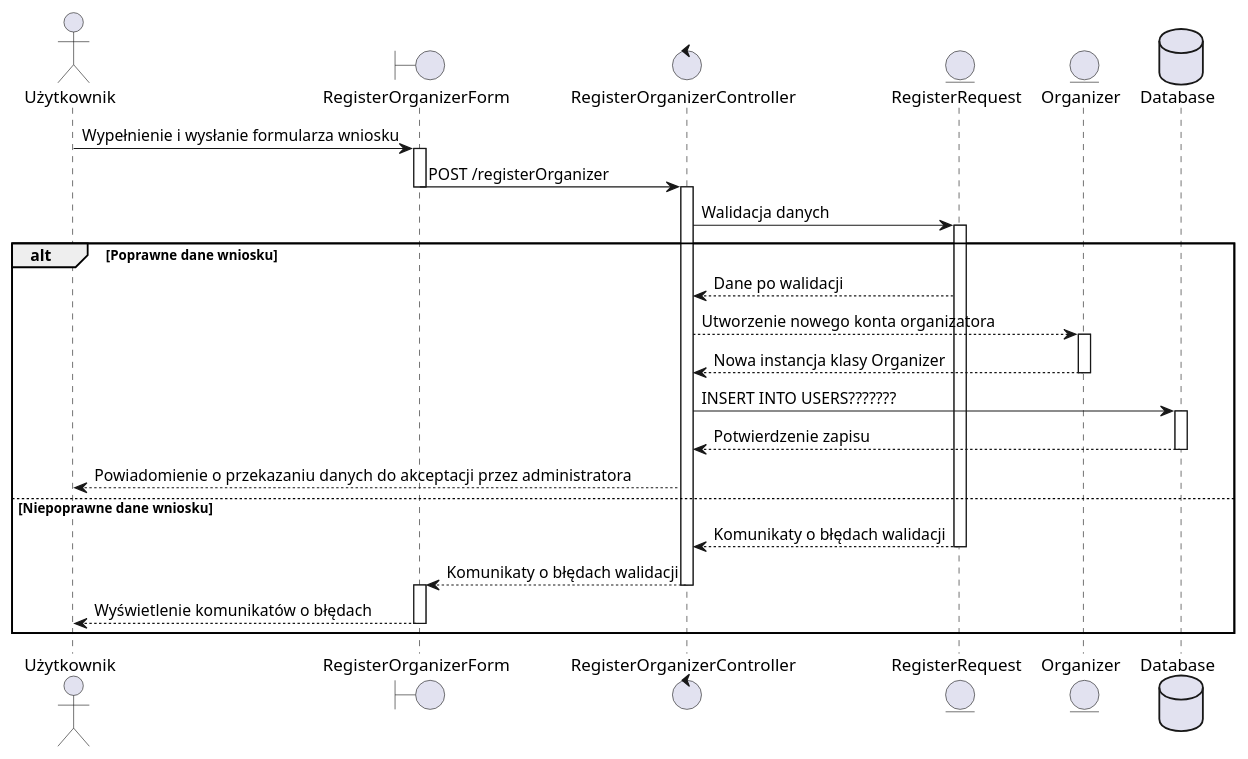
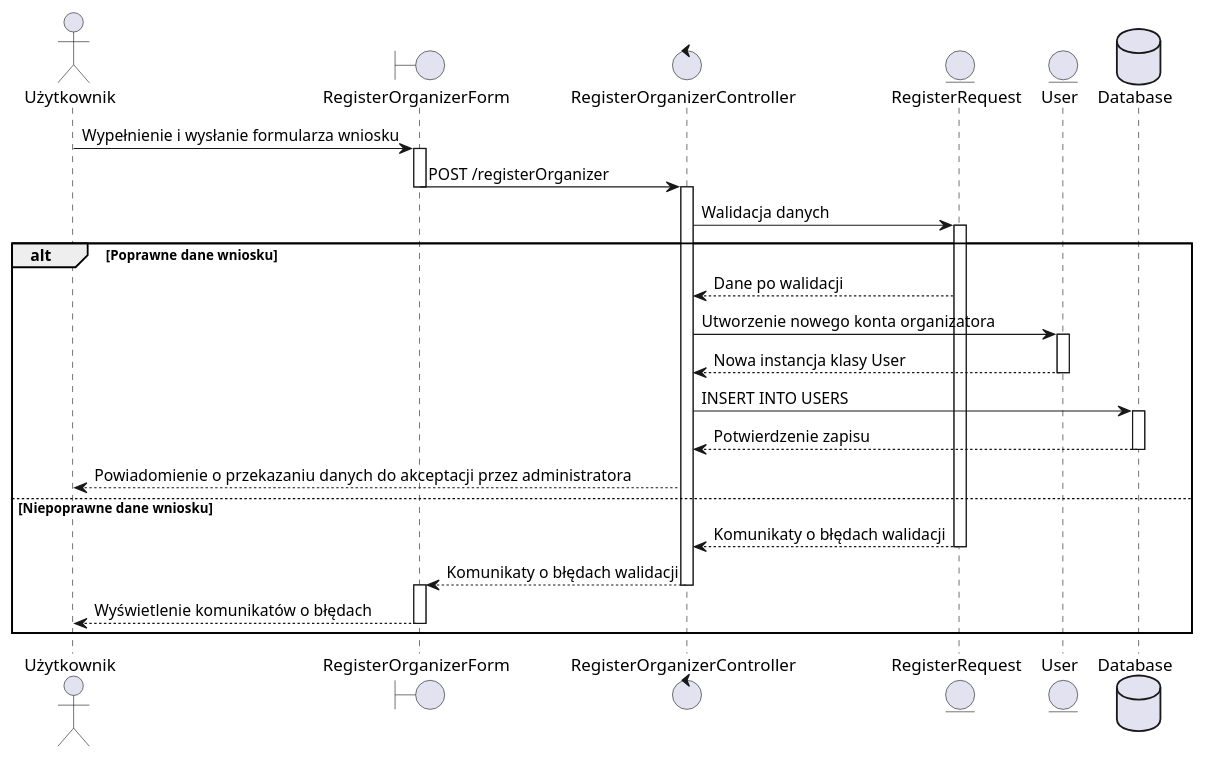
The diagram in Diagramy/Sekwencji/RejestracjaOrganizatora.puml (Tkapcer/SystemSprzedazyBiletow), drawn with PlantUML before and after one commit. The commit also changed 3 other files, not shown here.

Commit message:
Poprawki diagramów sekwencji

```diff
--- a/Diagramy/Sekwencji/RejestracjaOrganizatora.puml
+++ b/Diagramy/Sekwencji/RejestracjaOrganizatora.puml
@@ -1,38 +1,38 @@
 @startuml
 actor Użytkownik
-boundary RegisterOrganizerForm   /'Formularz wniosku o utworzenie konta organizera'/ 
-control RegisterOrganizerController  /'Kontroler odpowiedzialny za przepływ danych i logikę biznesową'/ 
-entity RegisterRequest  /'Jednostka danych wniosku o konto organizera'/ 
-entity Organizer
+boundary RegisterOrganizerForm   /'Formularz wniosku o utworzenie konta organizera'/
+control RegisterOrganizerController  /'Kontroler odpowiedzialny za przepływ danych i logikę biznesową'/
+entity RegisterRequest  /'Jednostka danych wniosku o konto organizera'/
+entity User
 database Database
 
 Użytkownik -> RegisterOrganizerForm: Wypełnienie i wysłanie formularza wniosku
 activate RegisterOrganizerForm
 RegisterOrganizerForm -> RegisterOrganizerController: POST /registerOrganizer
 deactivate RegisterOrganizerForm
 activate RegisterOrganizerController
 RegisterOrganizerController -> RegisterRequest: Walidacja danych
 
 alt Poprawne dane wniosku
     activate RegisterRequest
     RegisterRequest --> RegisterOrganizerController: Dane po walidacji
-    RegisterOrganizerController --> Organizer: Utworzenie nowego konta organizatora
-    activate Organizer
+    RegisterOrganizerController -> User: Utworzenie nowego konta organizatora
+    activate User
 
-    Organizer --> RegisterOrganizerController: Nowa instancja klasy Organizer
-    deactivate Organizer
-    RegisterOrganizerController -> Database: INSERT INTO USERS???????
+    User --> RegisterOrganizerController: Nowa instancja klasy User
+    deactivate User
+    RegisterOrganizerController -> Database: INSERT INTO USERS
     activate Database
     Database --> RegisterOrganizerController: Potwierdzenie zapisu
     deactivate Database
     RegisterOrganizerController --> Użytkownik: Powiadomienie o przekazaniu danych do akceptacji przez administratora
 else Niepoprawne dane wniosku
     RegisterRequest --> RegisterOrganizerController: Komunikaty o błędach walidacji
     deactivate RegisterRequest
     RegisterOrganizerController --> RegisterOrganizerForm: Komunikaty o błędach walidacji
     deactivate RegisterOrganizerController
     activate RegisterOrganizerForm
     RegisterOrganizerForm --> Użytkownik: Wyświetlenie komunikatów o błędach
     deactivate RegisterOrganizerForm
 end
 @enduml
```
